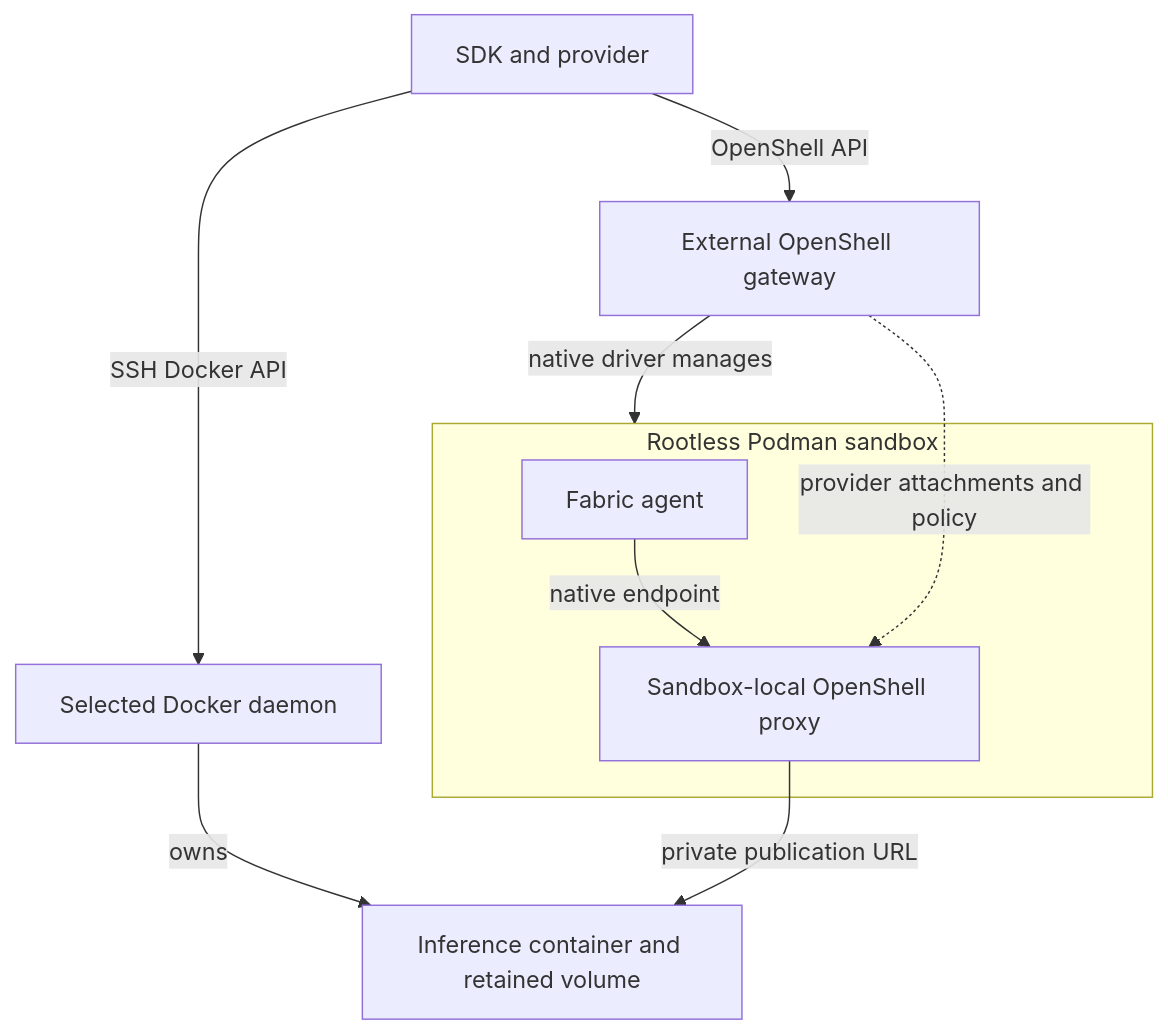
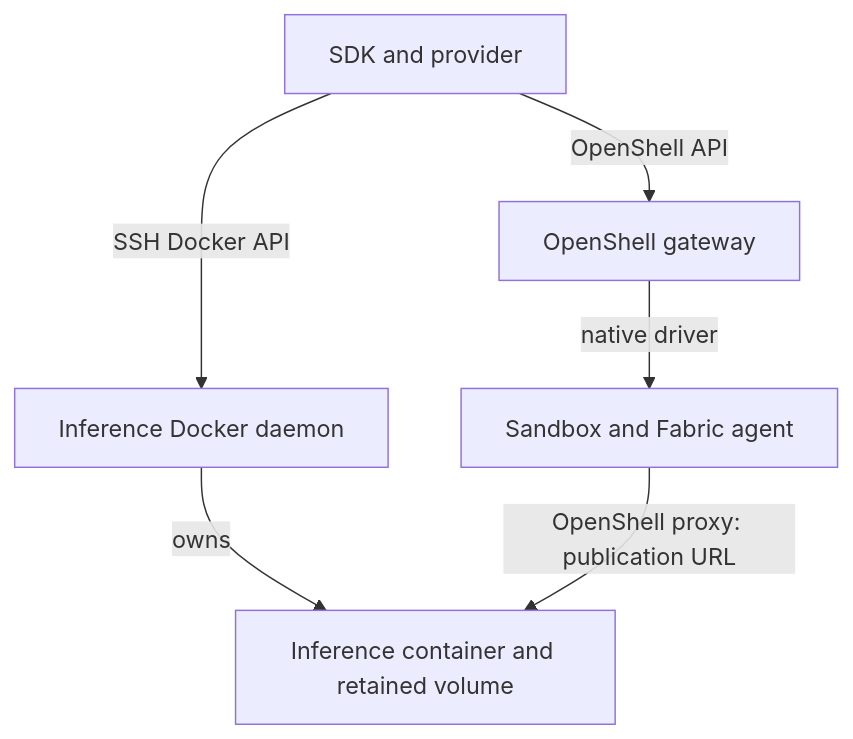
The diagram in docs/design/execution-targets.md (NVIDIA/NemoClaw), drawn with Mermaid before and after one commit. The commit also changed other lines of this file and 4 other files, not shown here.

````diff
--- a/docs/design/execution-targets.md
+++ b/docs/design/execution-targets.md
@@ -29,12 +28,8 @@
 ```mermaid
 flowchart TD
-    Client[SDK and provider] -->|SSH Docker API| Engine[Selected Docker daemon]
-    Client -->|OpenShell API| Gateway[External OpenShell gateway]
-    subgraph Sandbox[Rootless Podman sandbox]
-        Agent[Fabric agent] -->|native endpoint| Router[Sandbox-local OpenShell proxy]
-    end
-    Gateway -->|native driver manages| Sandbox
-    Gateway -. provider attachments and policy .-> Router
+    Client[SDK and provider] -->|SSH Docker API| Engine[Inference Docker daemon]
+    Client -->|OpenShell API| Gateway[OpenShell gateway]
+    Gateway -->|native driver| Sandbox[Sandbox and Fabric agent]
     Engine -->|owns| Model[Inference container and retained volume]
-    Router -->|private publication URL| Model
+    Sandbox -->|OpenShell proxy: publication URL| Model
 ```
````
